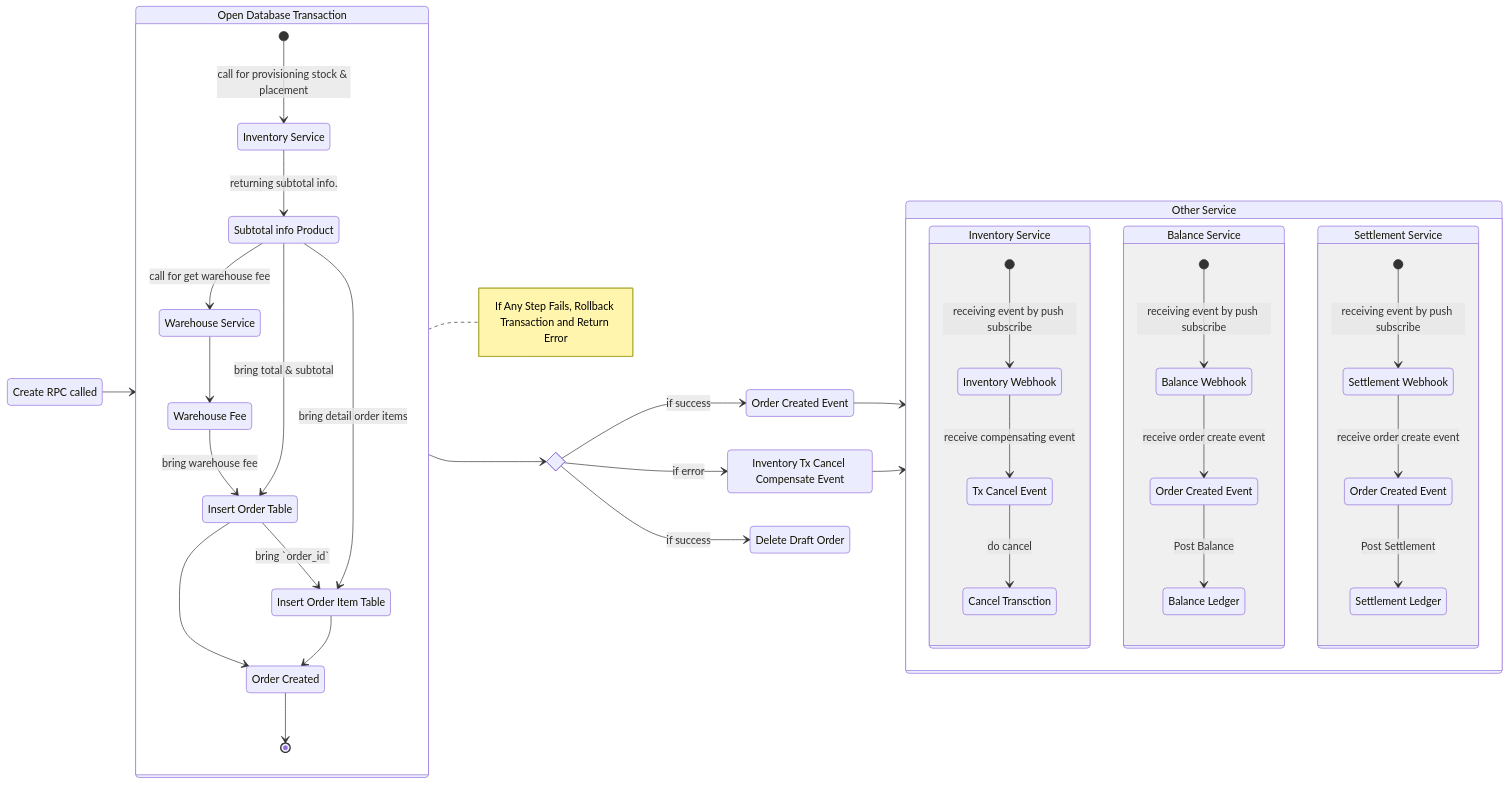
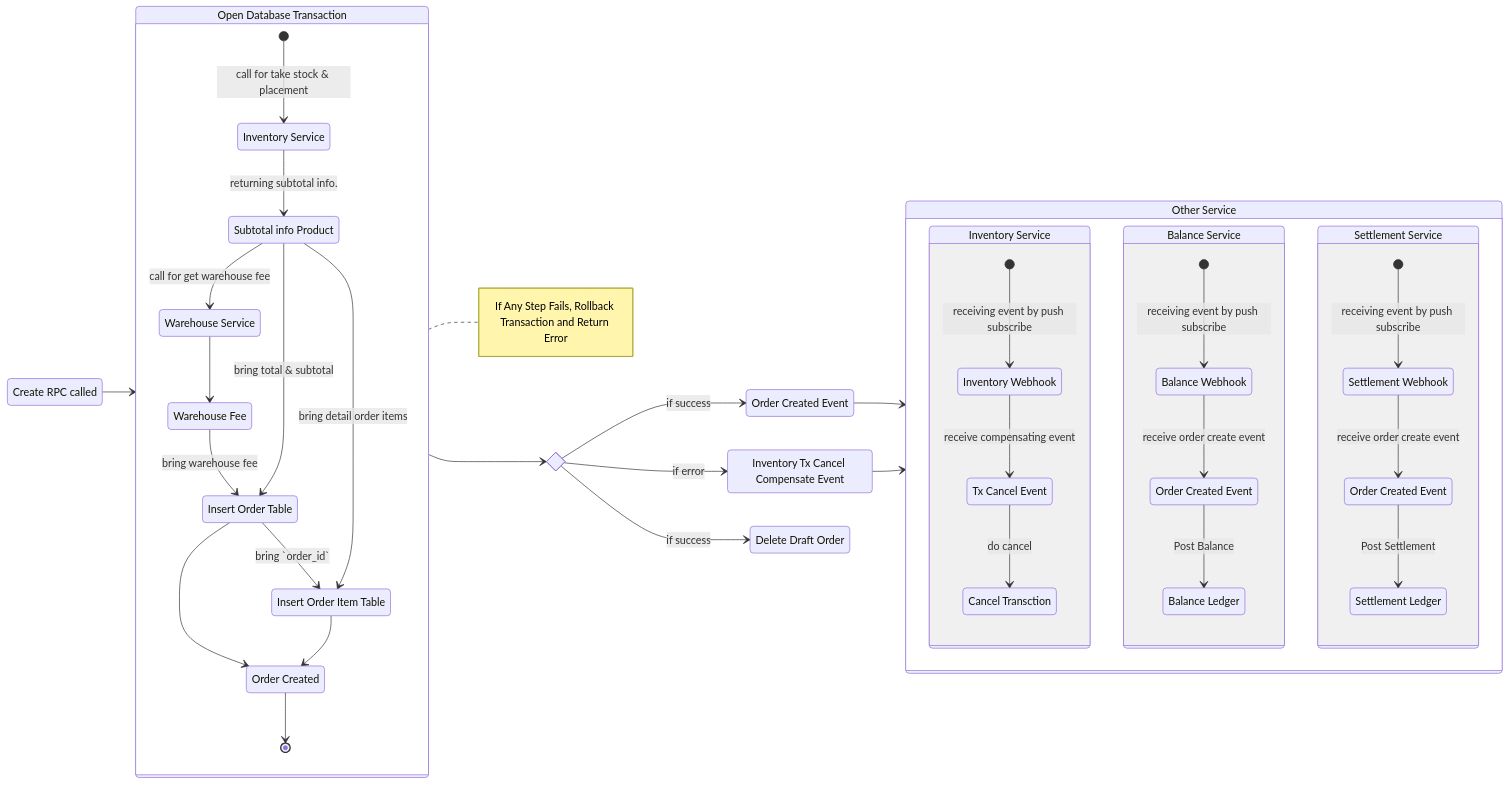
Before and after one commit to pdcgo/warehouse_revamp: the diagram in docs/business/order/order_creation.md, drawn with Mermaid. The commit also changed other lines of this file and 18 other files, not shown here.

```diff
--- a/docs/business/order/order_creation.md
+++ b/docs/business/order/order_creation.md
@@ -28,7 +28,7 @@
     state "Inventory Service" as inv
     state "Warehouse Service" as wh
 
-    [*]-->inv: call for provisioning stock & placement 
+    [*]-->inv: call for take stock & placement 
     inv-->sub: returning subtotal info.
     sub-->wh: call for get warehouse fee
     
```
